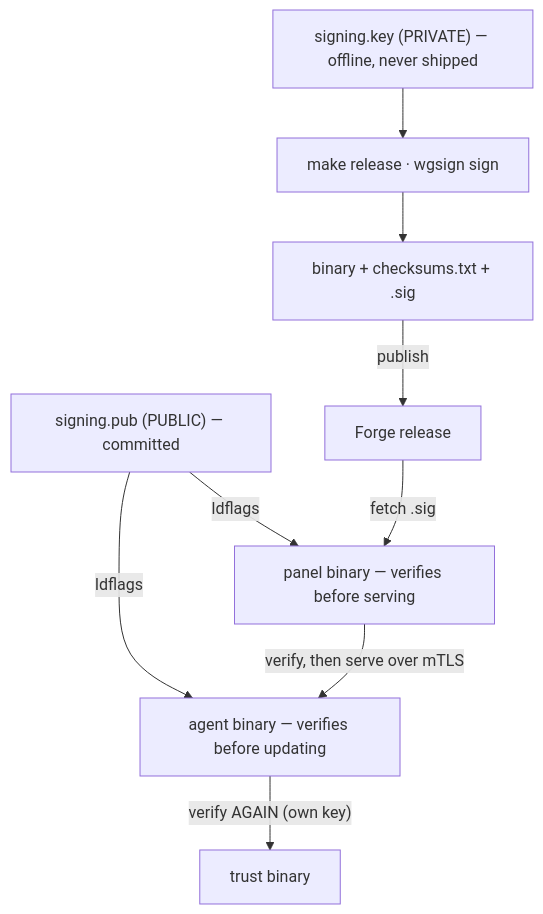
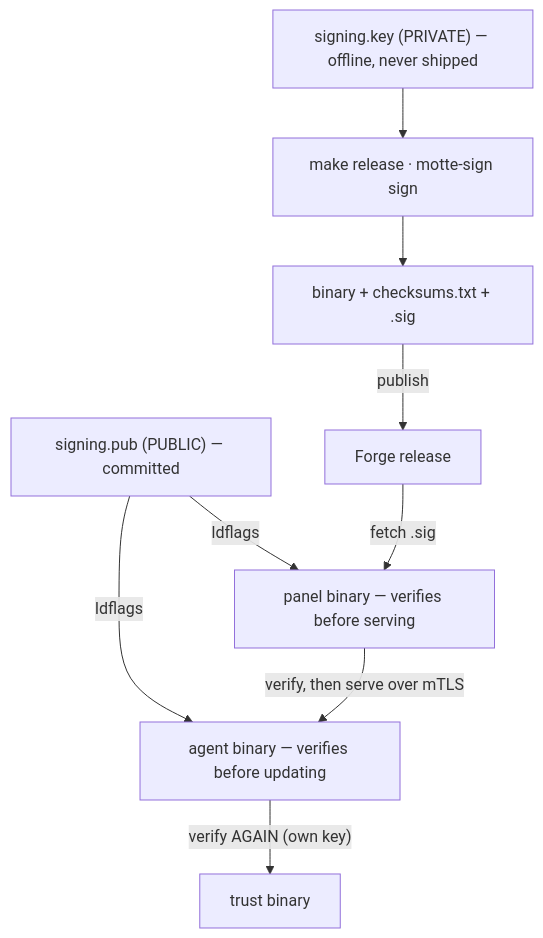
The fourth of 6 diagrams in README.md (packalyst/motte), drawn with Mermaid before and after one commit. The commit also changed other lines of this file and 3 other files, not shown here.

Commit message:
docs: Motte in the security policy and changelog; rename the signing tool to motte-sign

````diff
--- a/README.md
+++ b/README.md
@@ -232,11 +232,11 @@
 ```mermaid
 flowchart TB
-    priv["signing.key (PRIVATE) — offline, never shipped"] --> mk["make release · wgsign sign"]
+    priv["signing.key (PRIVATE) — offline, never shipped"] --> mk["make release · motte-sign sign"]
     mk --> art["binary + checksums.txt + .sig"]
     art -->|publish| forge["Forge release"]
     pub["signing.pub (PUBLIC) — committed"] -->|ldflags| panelbin["panel binary — verifies before serving"]
     pub -->|ldflags| agentbin["agent binary — verifies before updating"]
     forge -->|"fetch .sig"| panelbin
     panelbin -->|"verify, then serve over mTLS"| agentbin
     agentbin -->|"verify AGAIN (own key)"| ok["trust binary"]
 ```
````
